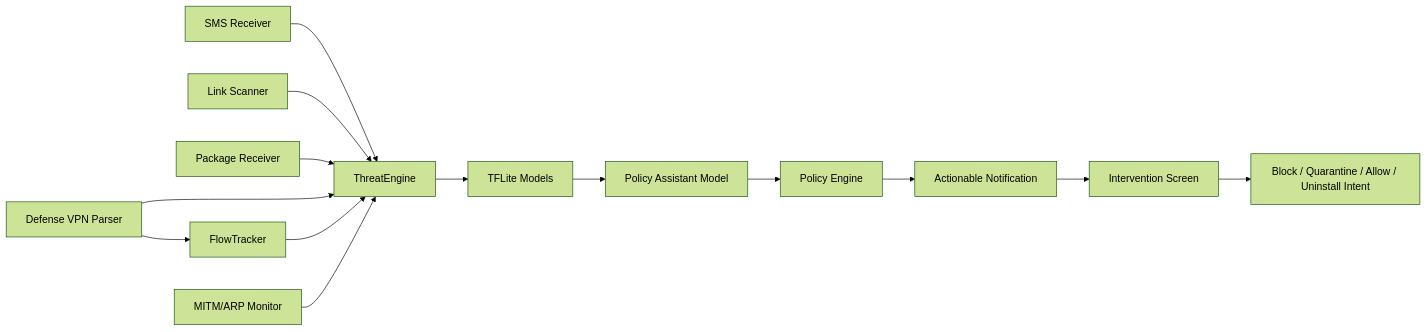
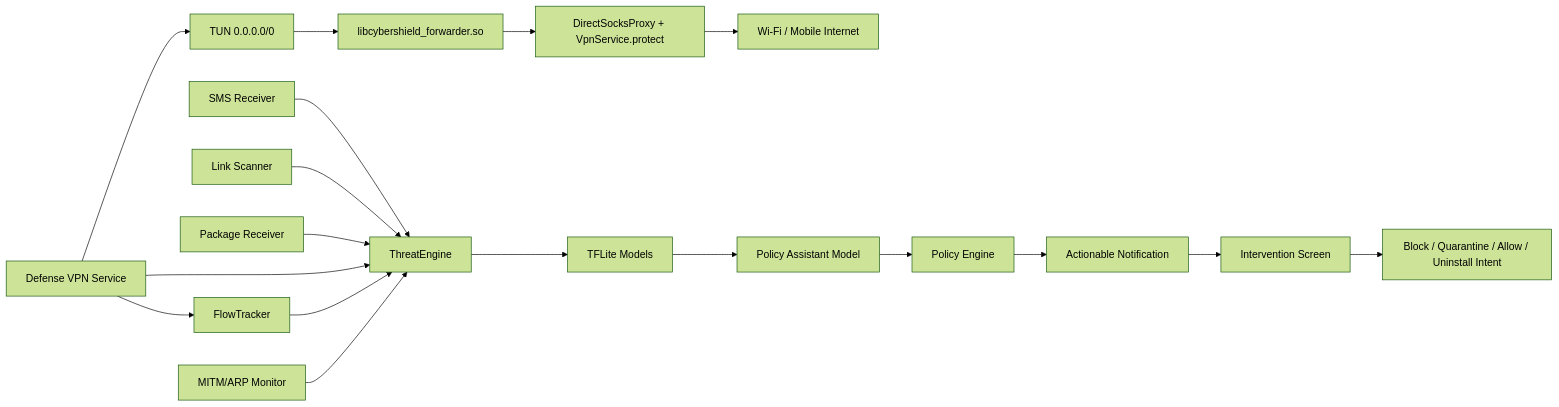
One commit to chefvolkan53-ctrl/CyberShieldAndroid changed the diagram in README.md. Above: the diagram before and after it, drawn with Mermaid (forest theme). The commit also changed other lines of this file and 8 other files, not shown here.

Commit message:
Add native VPN forwarding engine

````diff
--- a/README.md
+++ b/README.md
@@ -67,16 +68,20 @@
 ```mermaid
 flowchart LR
     SMS[SMS Receiver] --> Engine[ThreatEngine]
     URL[Link Scanner] --> Engine
     APK[Package Receiver] --> Engine
-    VPN[Defense VPN Parser] --> Flow[FlowTracker]
+    VPN[Defense VPN Service] --> TUN[TUN 0.0.0.0/0]
+    TUN --> Native[libcybershield_forwarder.so]
+    Native --> SOCKS[DirectSocksProxy + VpnService.protect]
+    SOCKS --> NET[Wi-Fi / Mobile Internet]
+    VPN --> Flow[FlowTracker]
     VPN --> Engine
     Flow --> Engine
     ARP[MITM/ARP Monitor] --> Engine
     Engine --> TFLite[TFLite Models]
     TFLite --> Assistant[Policy Assistant Model]
     Assistant --> Policy[Policy Engine]
     Policy --> Notify[Actionable Notification]
     Notify --> Intervention[Intervention Screen]
     Intervention --> Block[Block / Quarantine / Allow / Uninstall Intent]
 ```
````
